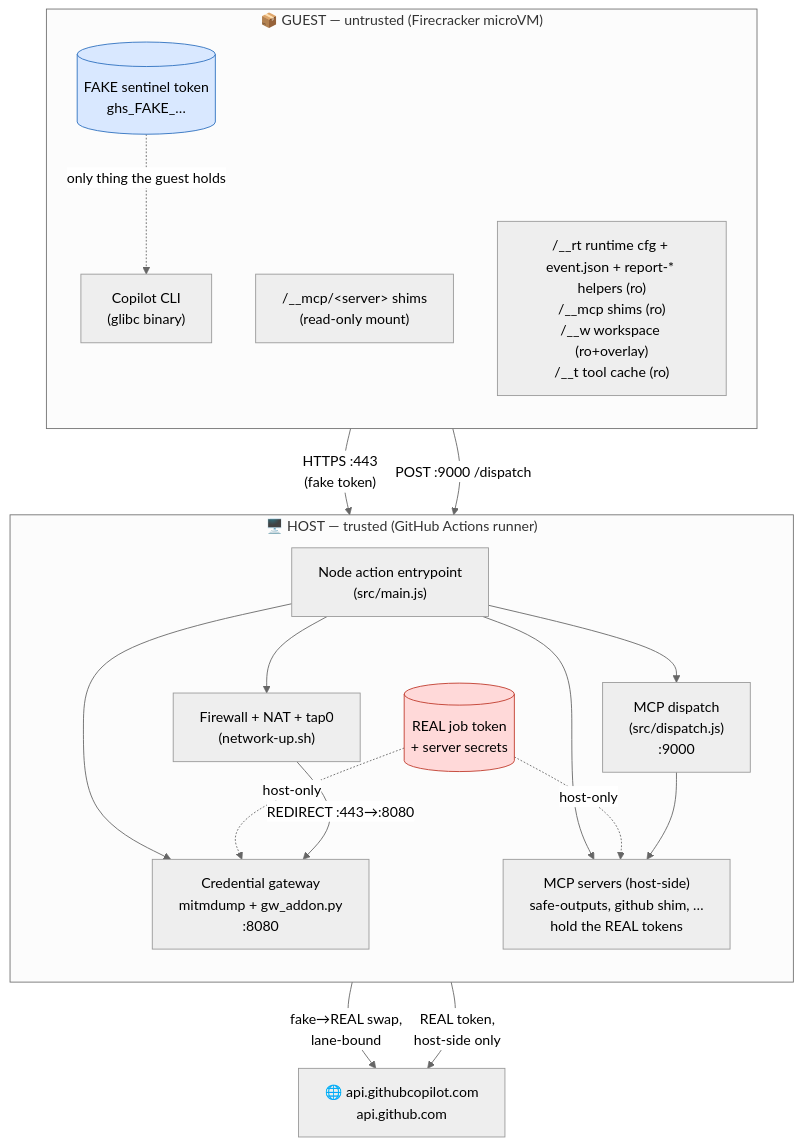
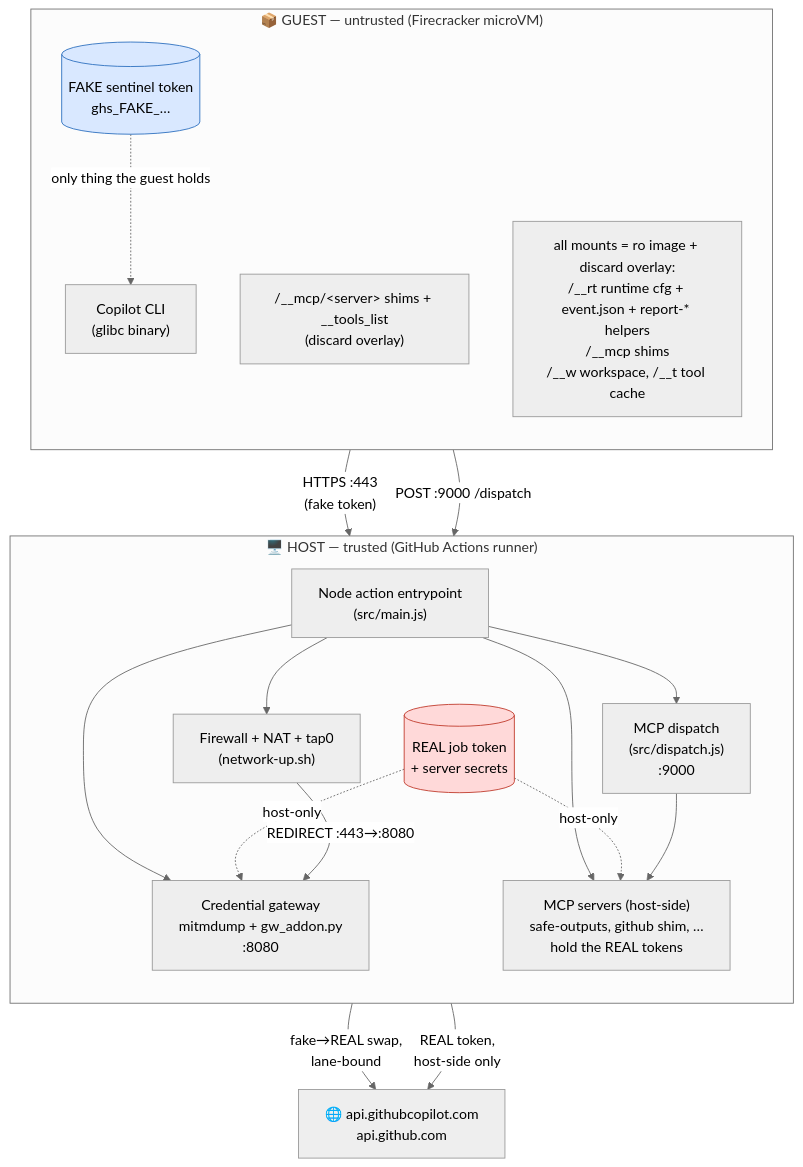
The first of 7 diagrams in docs/architecture.md (ericsciple/microvm-agent), drawn with Mermaid (neutral theme) before and after one commit. The commit also changed other lines of this file and 4 other files, not shown here.

First line of the commit message:
Make all guest mounts writable discard overlays (no purely read-only mounts)

````diff
--- a/docs/architecture.md
+++ b/docs/architecture.md
@@ -16,33 +16,33 @@
 ```mermaid
 flowchart TB
   subgraph HOST["🖥️  HOST — trusted (GitHub Actions runner)"]
     direction TB
     MAIN["Node action entrypoint<br/>(src/main.js)"]
     GW["Credential gateway<br/>mitmdump + gw_addon.py<br/>:8080"]
     DISP["MCP dispatch<br/>(src/dispatch.js)<br/>:9000"]
     SRV["MCP servers (host-side)<br/>safe-outputs, github shim, …<br/>hold the REAL tokens"]
     FW["Firewall + NAT + tap0<br/>(network-up.sh)"]
     TOKREAL[("REAL job token<br/>+ server secrets")]:::secret
   end
 
   subgraph GUEST["📦  GUEST — untrusted (Firecracker microVM)"]
     direction TB
     CLI["Copilot CLI<br/>(glibc binary)"]
-    SHIM["/__mcp/&lt;server&gt; shims<br/>(read-only mount)"]
+    SHIM["/__mcp/&lt;server&gt; shims + __tools_list<br/>(discard overlay)"]
     FAKE[("FAKE sentinel token<br/>ghs_FAKE_…")]:::fake
-    MNT["/__rt runtime cfg + event.json + report-* helpers (ro)<br/>/__mcp shims (ro)<br/>/__w workspace (ro+overlay)<br/>/__t tool cache (ro)"]
+    MNT["all mounts = ro image + discard overlay:<br/>/__rt runtime cfg + event.json + report-* helpers<br/>/__mcp shims<br/>/__w workspace, /__t tool cache"]
   end
 
   MAIN --> GW & DISP & SRV & FW
   TOKREAL -.host-only.-> GW & SRV
   CLI -->|"HTTPS :443<br/>(fake token)"| FW
   FW -->|"REDIRECT :443→:8080"| GW
   GW -->|"fake→REAL swap,<br/>lane-bound"| INTERNET["🌐 api.githubcopilot.com<br/>api.github.com"]
   SHIM -->|"POST :9000 /dispatch"| DISP
   DISP --> SRV
   SRV -->|"REAL token,<br/>host-side only"| INTERNET
   FAKE -.only thing the guest holds.-> CLI
 
   classDef secret fill:#ffd9d9,stroke:#c0392b,color:#000;
   classDef fake fill:#d9e8ff,stroke:#2c6fbf,color:#000;
 ```
````
